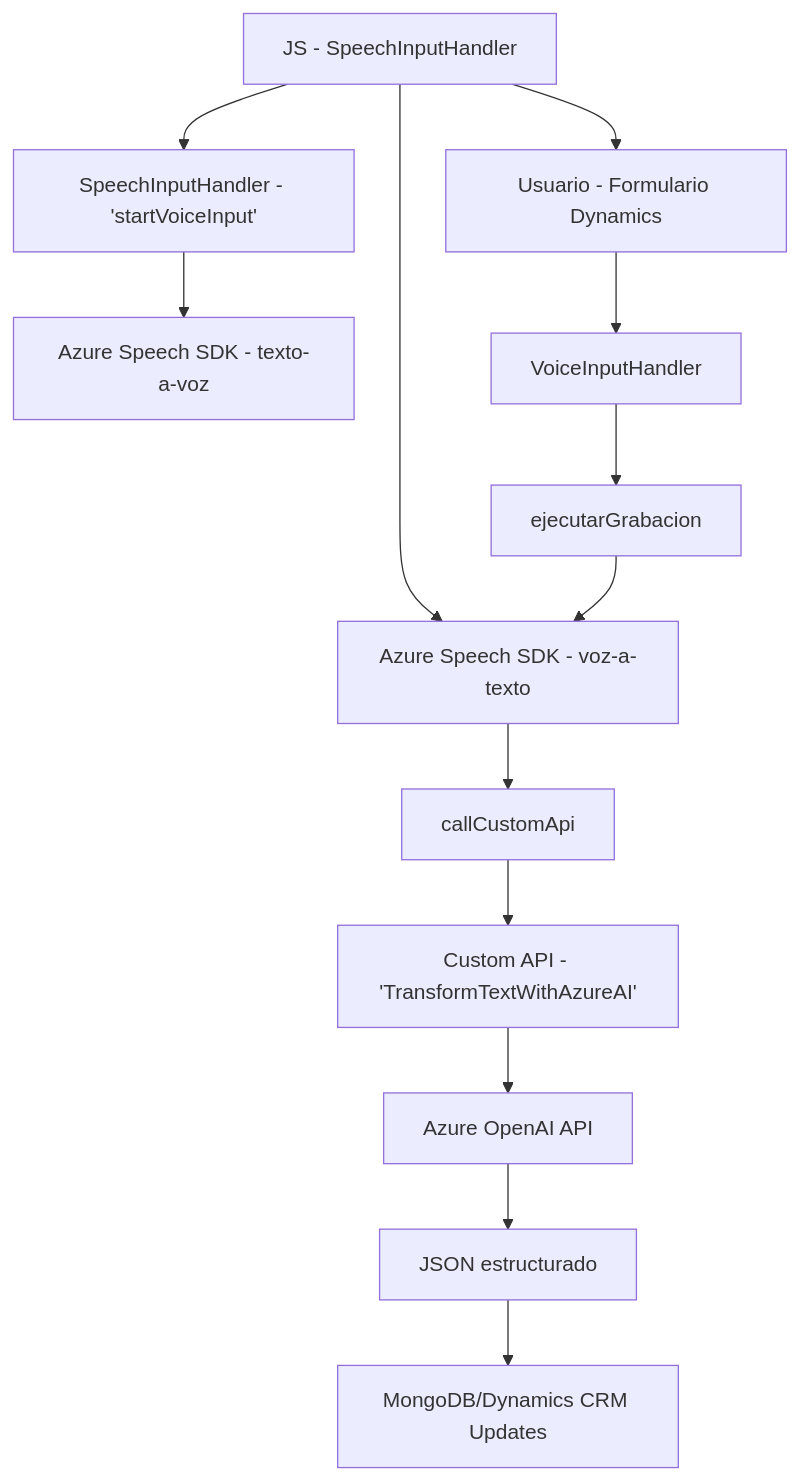
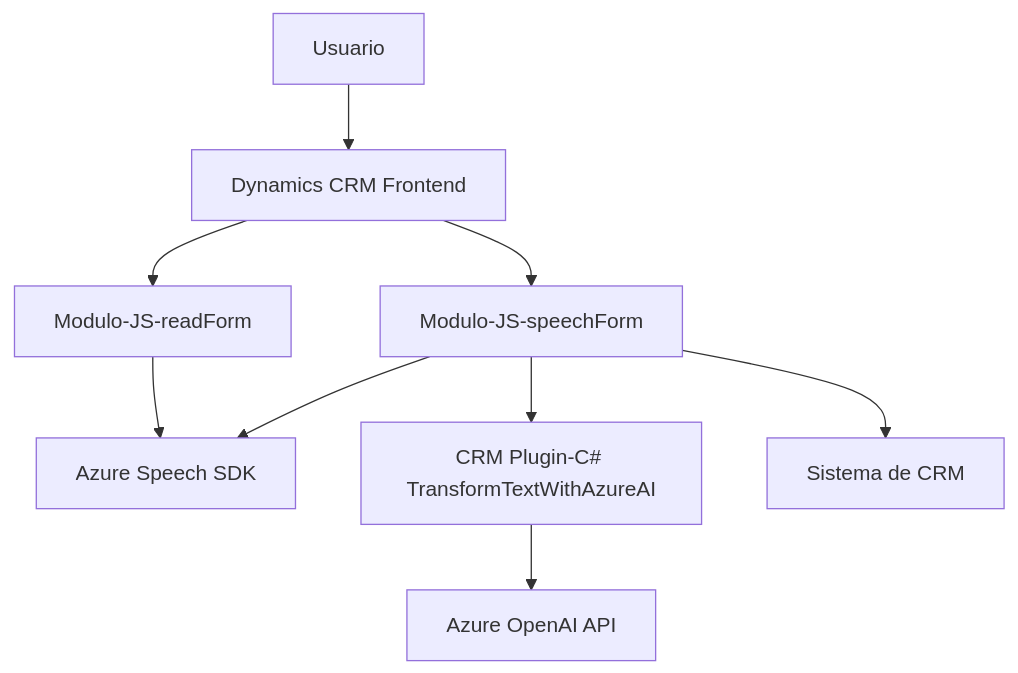
The diagram in README.md (blopezdm/NETCORE_BILBAO2025), drawn with Mermaid before and after one commit. The commit also changed other lines of this file, not shown here.

````diff
--- a/README.md
+++ b/README.md
@@ -39,16 +35,20 @@
 ```mermaid
 graph TD
-    A["Usuario - Formulario Dynamics"]
-    B["JS - SpeechInputHandler"] --> A
-    B --> C["SpeechInputHandler - 'startVoiceInput'"]
-    C --> D["Azure Speech SDK - texto-a-voz"]
-    B --> E["Azure Speech SDK - voz-a-texto"]
-    A --> F["VoiceInputHandler"]
-    F --> G["ejecutarGrabacion"]
-    G --> E
-    E --> H["callCustomApi"]
-    H --> I["Custom API - 'TransformTextWithAzureAI'"]
-    I --> J["Azure OpenAI API"]
-    J --> K["JSON estructurado"]
-    K --> L["MongoDB/Dynamics CRM Updates"]
+    A["Usuario"]
+    B["Dynamics CRM Frontend"]
+    C["Azure Speech SDK"]
+    D["Modulo-JS-readForm"]
+    E["Modulo-JS-speechForm"]
+    F["CRM Plugin-C# TransformTextWithAzureAI"]
+    G["Azure OpenAI API"]
+    H["Sistema de CRM"]
+
+    A --> B
+    B --> D
+    B --> E
+    D --> C
+    E --> C
+    E --> H
+    E --> F
+    F --> G
 ```
````
